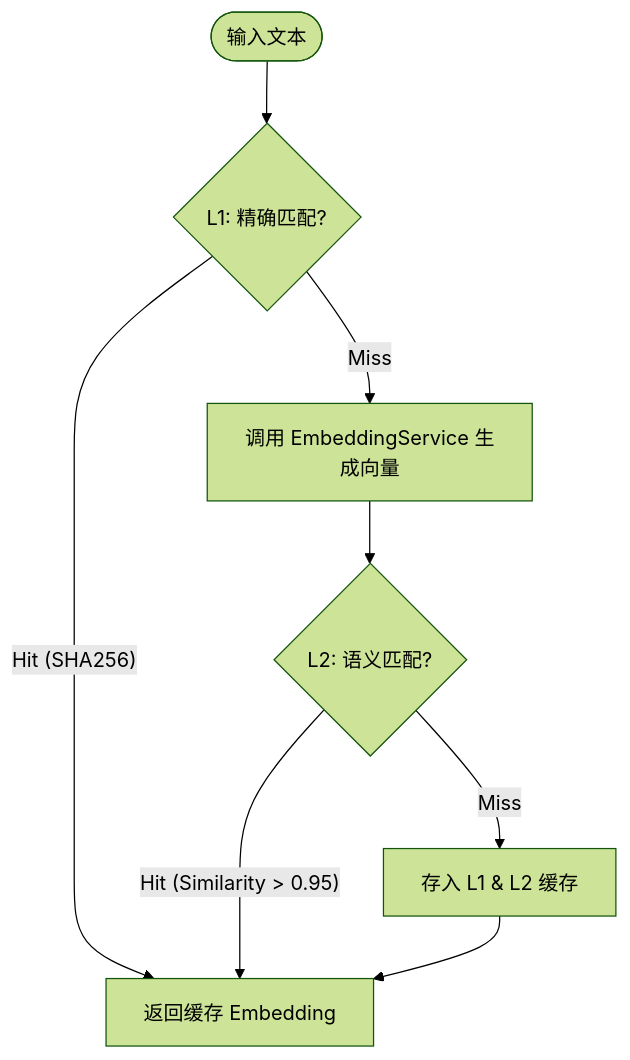
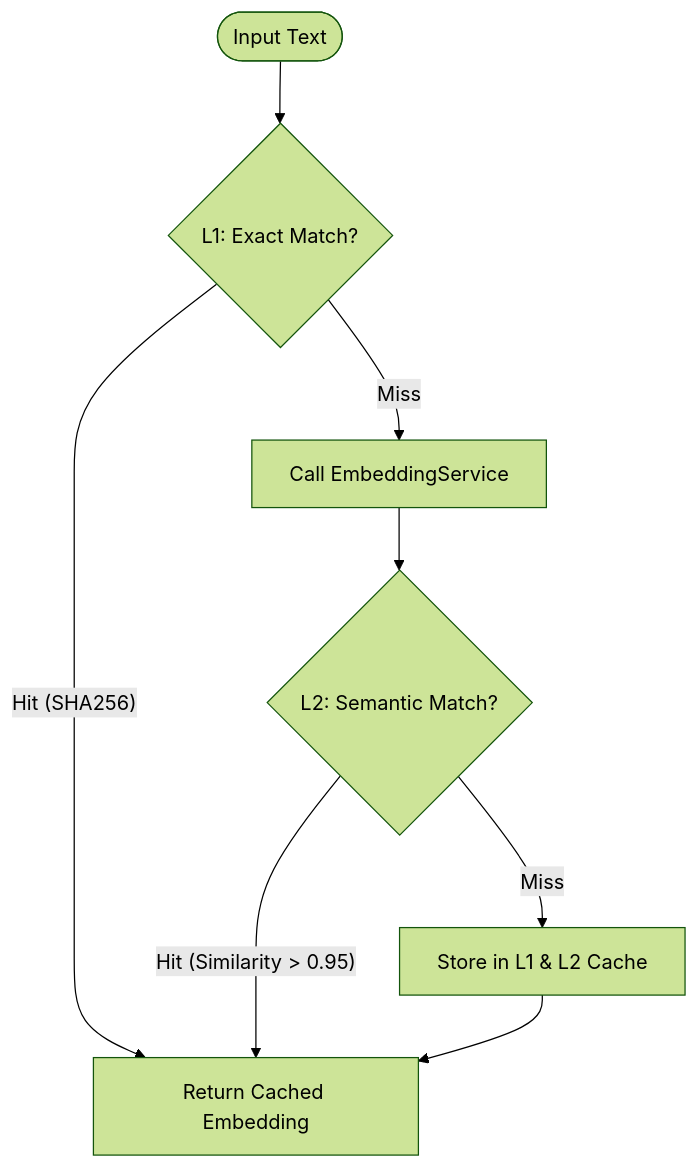
The second of 2 diagrams in ai/cache/README.md (88lin/divinesense), drawn with Mermaid (forest theme) before and after one commit. The commit also changed other lines of this file and 27 other files, not shown here.

````diff
--- a/ai/cache/README.md
+++ b/ai/cache/README.md
@@ -50,10 +49,10 @@
 ```mermaid
 flowchart TD
-    Start([输入文本]) --> L1{L1: 精确匹配?}
-    L1 -- Hit (SHA256) --> Return[返回缓存 Embedding]
-    L1 -- Miss --> Embed[调用 EmbeddingService 生成向量]
-    Embed --> L2{L2: 语义匹配?}
+    Start([Input Text]) --> L1{L1: Exact Match?}
+    L1 -- Hit (SHA256) --> Return[Return Cached Embedding]
+    L1 -- Miss --> Embed[Call EmbeddingService]
+    Embed --> L2{L2: Semantic Match?}
     L2 -- Hit (Similarity > 0.95) --> Return
-    L2 -- Miss --> Store[存入 L1 & L2 缓存]
+    L2 -- Miss --> Store[Store in L1 & L2 Cache]
     Store --> Return
 ```
````
